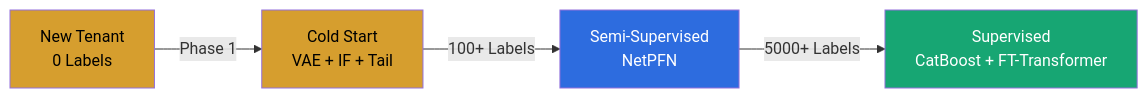
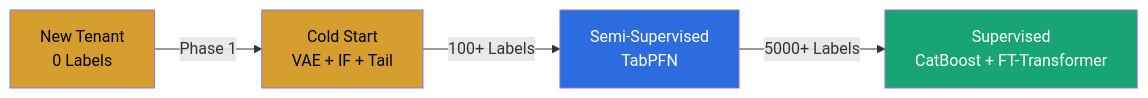
One commit to Tadeni00/RiskLens changed the second of 2 diagrams in README.md. Above: the diagram before and after it, drawn with Mermaid. The commit also changed other lines of this file and 16 other files, not shown here.

First line of the commit message:
fix: replace incorrect ProtoNet implementation with official TabPFN

````diff
--- a/README.md
+++ b/README.md
@@ -130,11 +130,11 @@
 ```mermaid
 graph LR
     A["New Tenant<br/>0 Labels"] -->|"Phase 1"| B["Cold Start<br/>VAE + IF + Tail"]
-    B -->|"100+ Labels"| C["Semi-Supervised<br/>NetPFN"]
+    B -->|"100+ Labels"| C["Semi-Supervised<br/>TabPFN"]
     C -->|"5000+ Labels"| D["Supervised<br/>CatBoost + FT-Transformer"]
 
     style A fill:#D69E2E,color:#000
     style B fill:#D69E2E,color:#000
     style C fill:#2D6CDF,color:#fff
     style D fill:#17A673,color:#fff
 ```
````
